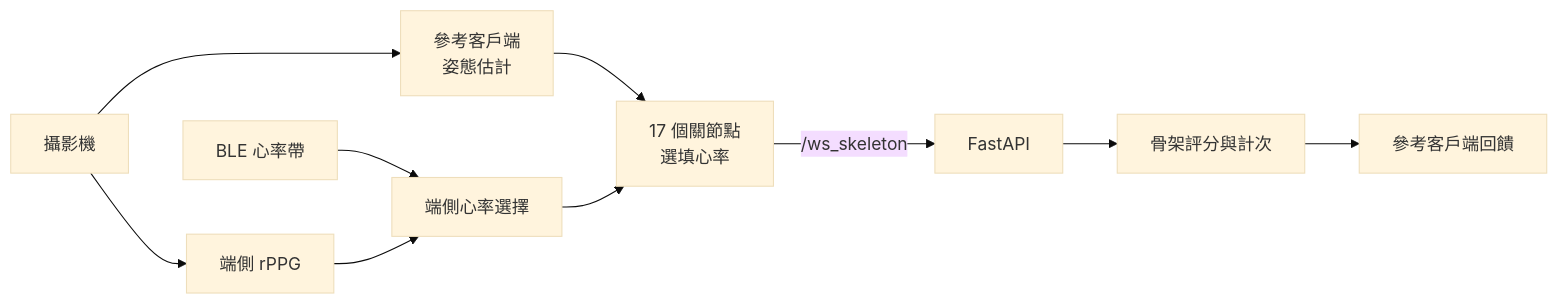
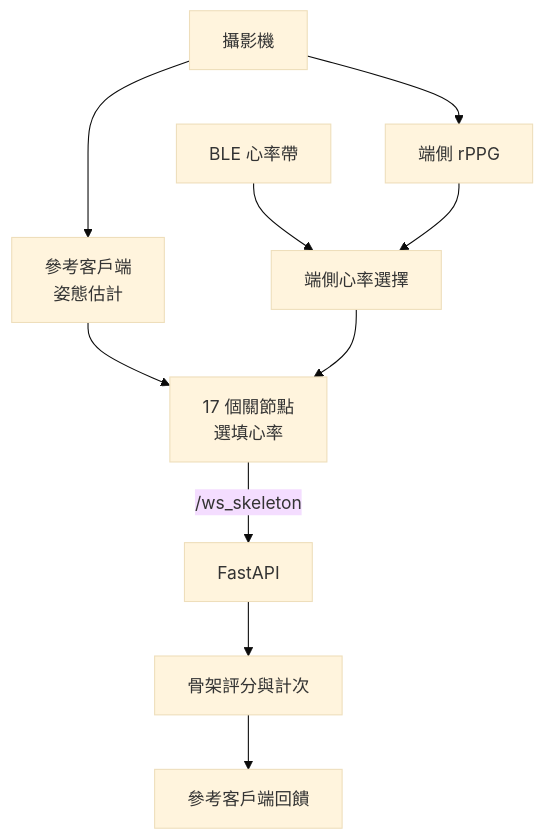
One commit to ghjkl563563-stack/ai-fitness-coach changed the second of 2 diagrams in README.md. Above: the diagram before and after it, drawn with Mermaid (base theme). The commit also changed other lines of this file, not shown here.

Commit message:
Improve architecture diagram readability

````diff
--- a/README.md
+++ b/README.md
@@ -42,12 +42,12 @@
 ```mermaid
-flowchart LR
+flowchart TB
     camera["攝影機"] --> pose["參考客戶端<br/>姿態估計"]
     camera --> rppg["端側 rPPG"]
     ble["BLE 心率帶"] --> hr["端側心率選擇"]
     rppg --> hr
     pose --> packet["17 個關節點<br/>選填心率"]
     hr --> packet
     packet -->|/ws_skeleton| api["FastAPI"]
     api --> score["骨架評分與計次"]
     score --> result["參考客戶端回饋"]
 ```
````
